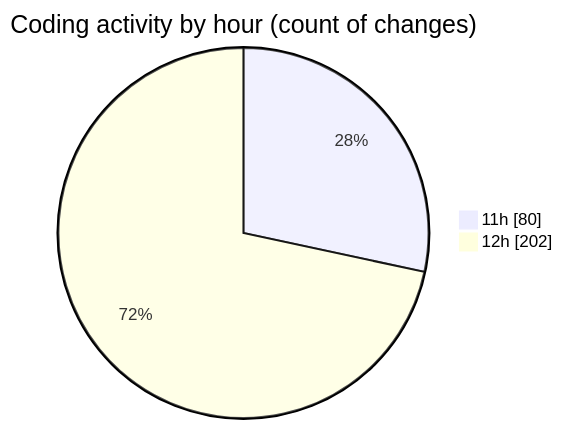
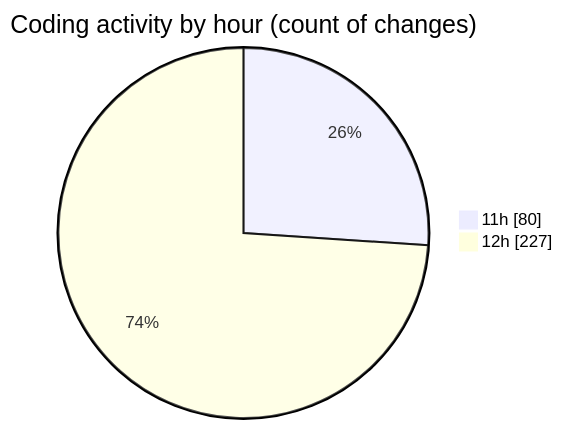
Before and after one commit to nxtqubesakshisongat/code-tracking: the second of 2 diagrams in 2025-04-19/nxtqube_webapp/README.md, drawn with Mermaid. The commit also changed other lines of this file and 1 other file, not shown here.

````diff
--- a/2025-04-19/nxtqube_webapp/README.md
+++ b/2025-04-19/nxtqube_webapp/README.md
@@ -39,6 +40,6 @@
 ```mermaid
 pie showData
 title Coding activity by hour (count of changes)
 "11h" : 80
-"12h" : 202
+"12h" : 227
 ```
````
